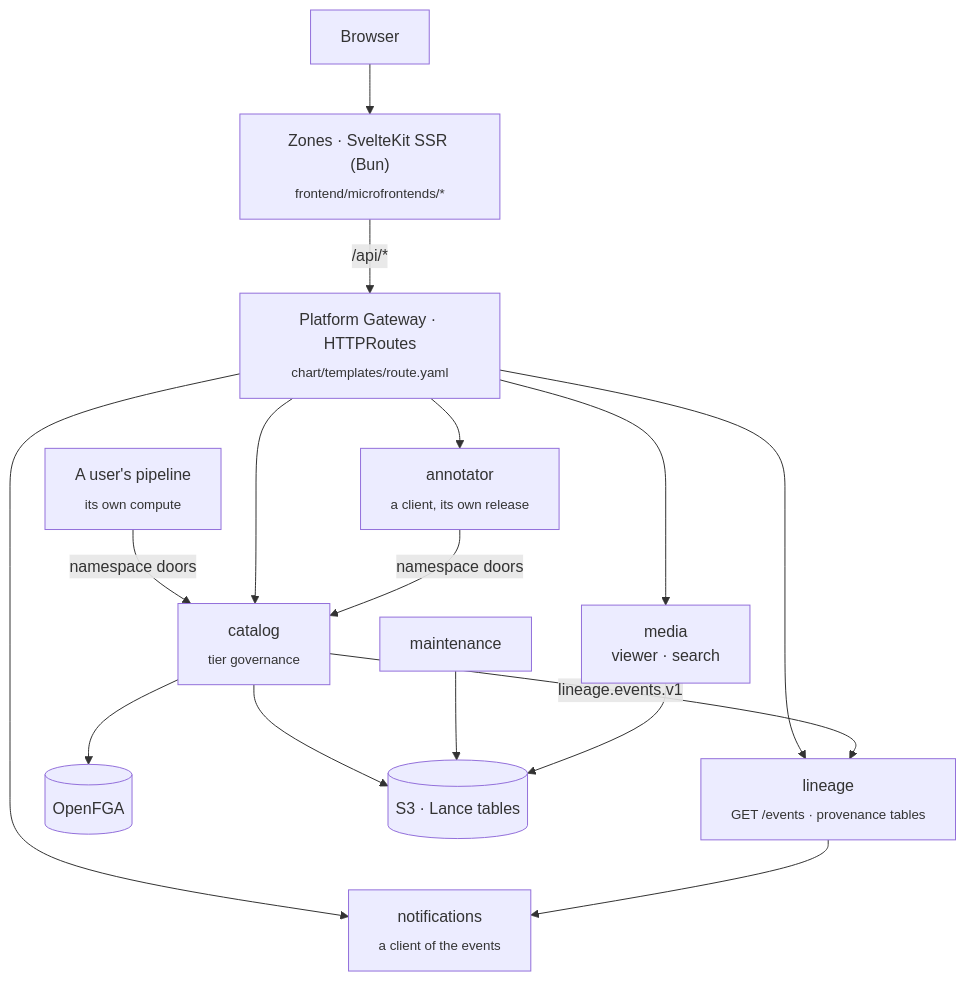
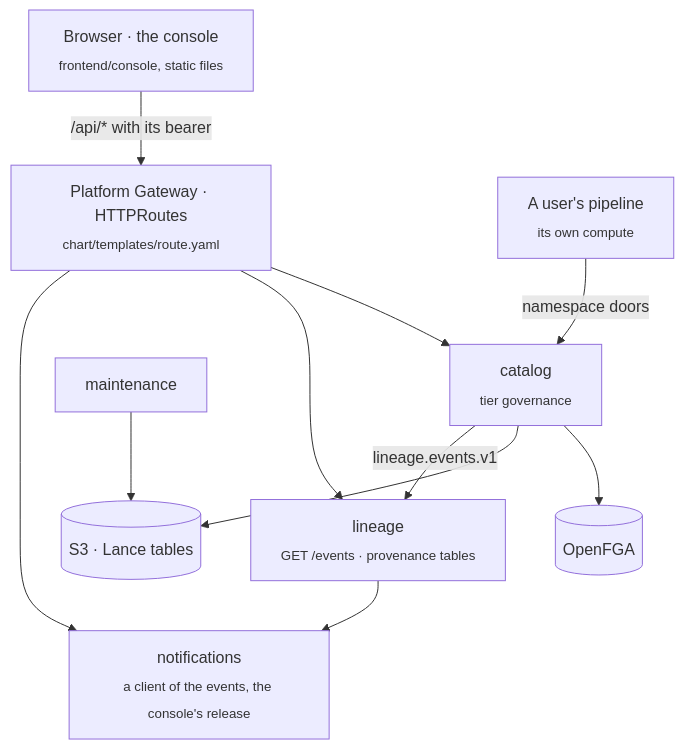
The diagram in docs/architecture/index.md (AI-Riksarkivet/rask), drawn with Mermaid before and after one commit. The commit also changed other lines of this file and 1878 other files, not shown here.

First line of the commit message:
refactor!: XC-192 — this repository is the lakehouse and its console; every other client is removed

````diff
--- a/docs/architecture/index.md
+++ b/docs/architecture/index.md
@@ -26,18 +27,13 @@
 ```mermaid
 flowchart TB
-    browser["Browser"] --> zones["Zones · SvelteKit SSR (Bun)<br/><sub>frontend/microfrontends/*</sub>"]
-    zones -->|"/api/*"| gw["Platform Gateway · HTTPRoutes<br/><sub>chart/templates/route.yaml</sub>"]
+    browser["Browser · the console<br/><sub>frontend/console, static files</sub>"] -->|"/api/* with its bearer"| gw["Platform Gateway · HTTPRoutes<br/><sub>chart/templates/route.yaml</sub>"]
     client["A user's pipeline<br/><sub>its own compute</sub>"] -->|"namespace doors"| cat
     gw --> cat["catalog<br/><sub>tier governance</sub>"]
     gw --> lin["lineage<br/><sub>GET /events · provenance tables</sub>"]
-    gw --> notif["notifications<br/><sub>a client of the events</sub>"]
-    gw --> media["media<br/>viewer · search"]
-    gw --> annot["annotator<br/><sub>a client, its own release</sub>"]
-    annot -->|"namespace doors"| cat
+    gw --> notif["notifications<br/><sub>a client of the events, the console's release</sub>"]
     cat --> fga[("OpenFGA")]
     cat --> s3[("S3 · Lance tables")]
     cat -->|"lineage.events.v1"| lin
     lin --> notif
     maint["maintenance"] --> s3
-    media --> s3
 ```
````
